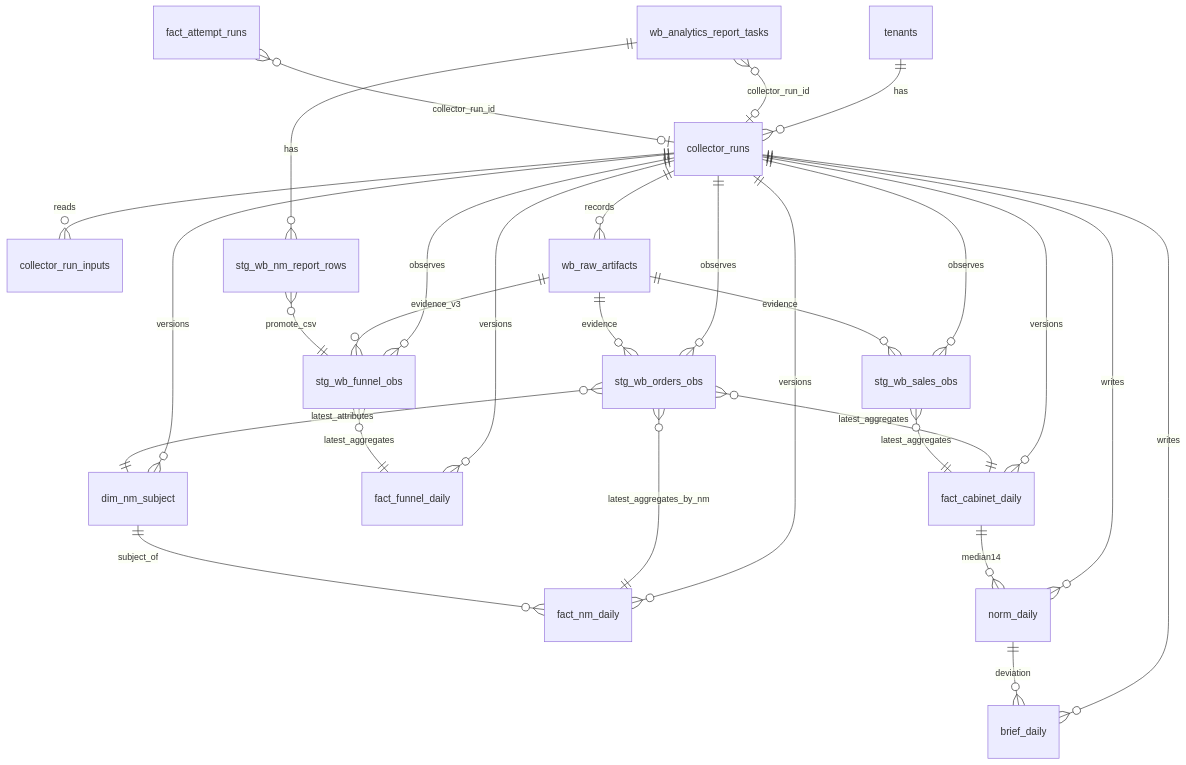
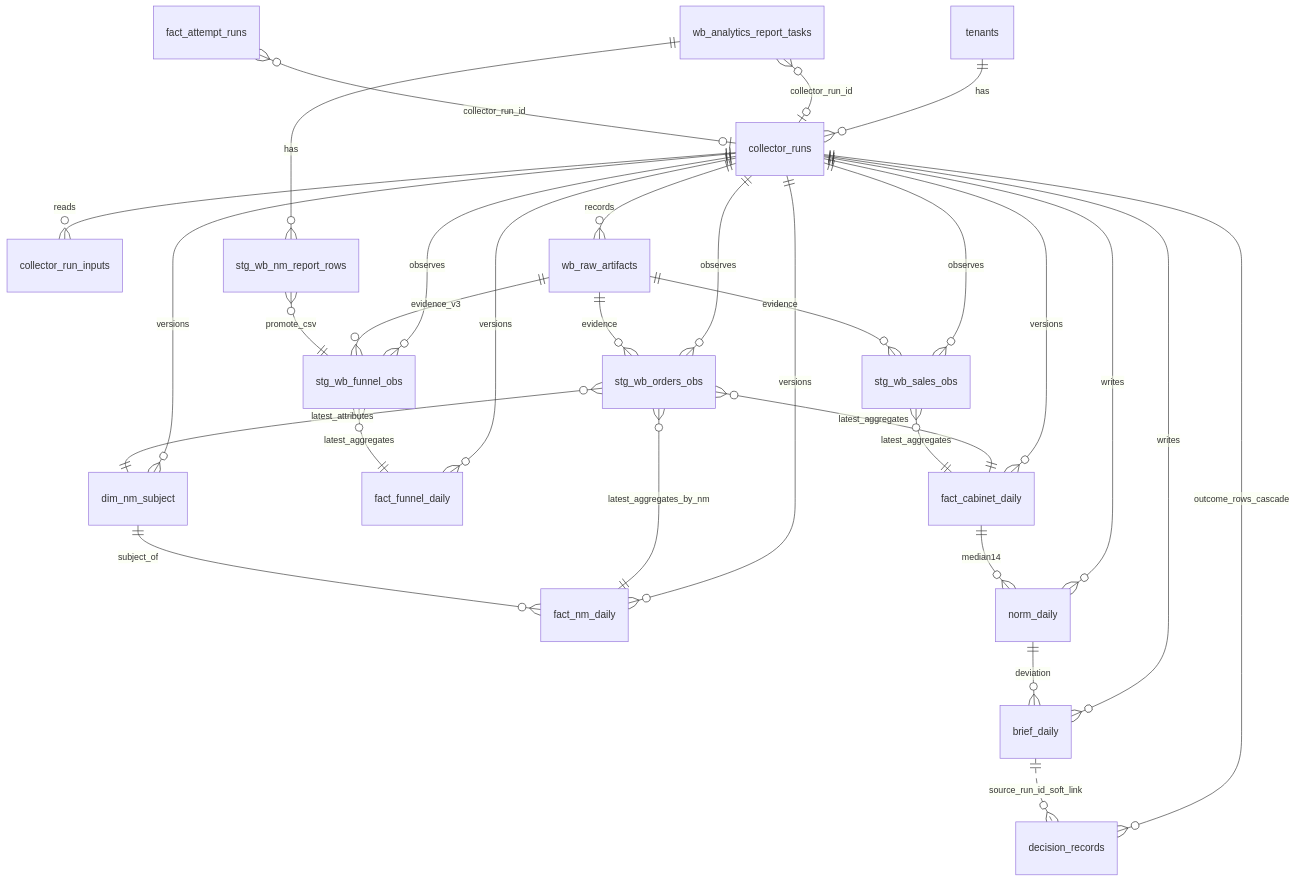
The third of 3 diagrams in _bmad-output/planning-artifacts/architecture/architecture-proxima-ai-2026-08-30/ARCHITECTURE-SPINE.md (mihailzhamba-bot/proxima-ai), drawn with Mermaid before and after one commit. The commit also changed other lines of this file and 3 other files, not shown here.

First line of the commit message:
docs(architecture): AD-20 draft - decision records written from the webapp (Story 5.0)

````diff
--- a/_bmad-output/planning-artifacts/architecture/architecture-proxima-ai-2026-08-30/ARCHITECTURE-SPINE.md
+++ b/_bmad-output/planning-artifacts/architecture/architecture-proxima-ai-2026-08-30/ARCHITECTURE-SPINE.md
@@ -250,30 +256,32 @@
 ```mermaid
 erDiagram
   tenants ||--o{ collector_runs : has
   collector_runs ||--o{ collector_run_inputs : reads
   collector_runs ||--o{ wb_raw_artifacts : records
   collector_runs ||--o{ stg_wb_orders_obs : observes
   collector_runs ||--o{ stg_wb_sales_obs : observes
   collector_runs ||--o{ stg_wb_funnel_obs : observes
   collector_runs ||--o{ fact_cabinet_daily : versions
   collector_runs ||--o{ fact_funnel_daily : versions
   collector_runs ||--o{ fact_nm_daily : versions
   collector_runs ||--o{ dim_nm_subject : versions
   collector_runs ||--o{ norm_daily : writes
   collector_runs ||--o{ brief_daily : writes
   wb_raw_artifacts ||--o{ stg_wb_orders_obs : evidence
   wb_raw_artifacts ||--o{ stg_wb_sales_obs : evidence
   wb_raw_artifacts ||--o{ stg_wb_funnel_obs : evidence_v3
   wb_analytics_report_tasks ||--o{ stg_wb_nm_report_rows : has
   stg_wb_nm_report_rows }o--|| stg_wb_funnel_obs : promote_csv
   stg_wb_orders_obs }o--|| fact_cabinet_daily : latest_aggregates
   stg_wb_sales_obs }o--|| fact_cabinet_daily : latest_aggregates
   stg_wb_orders_obs }o--|| fact_nm_daily : latest_aggregates_by_nm
   stg_wb_orders_obs }o--|| dim_nm_subject : latest_attributes
   dim_nm_subject ||--o{ fact_nm_daily : subject_of
   stg_wb_funnel_obs }o--|| fact_funnel_daily : latest_aggregates
   fact_cabinet_daily ||--o{ norm_daily : median14
   norm_daily ||--o{ brief_daily : deviation
+  collector_runs ||--o{ decision_records : outcome_rows_cascade
+  brief_daily ||..o{ decision_records : source_run_id_soft_link
   wb_analytics_report_tasks }o--o| collector_runs : collector_run_id
   fact_attempt_runs }o--o| collector_runs : collector_run_id
 ```
````
